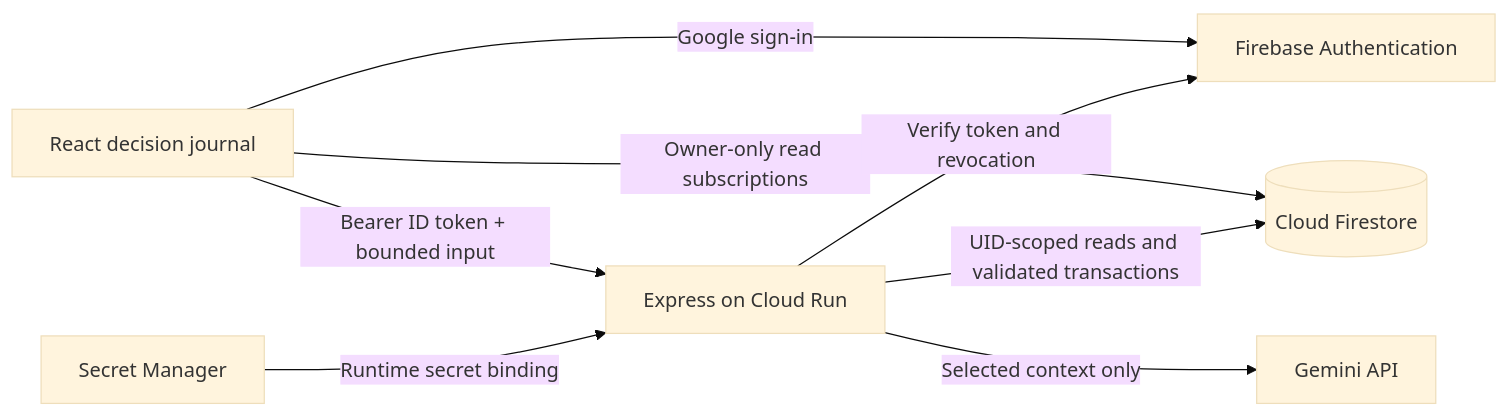
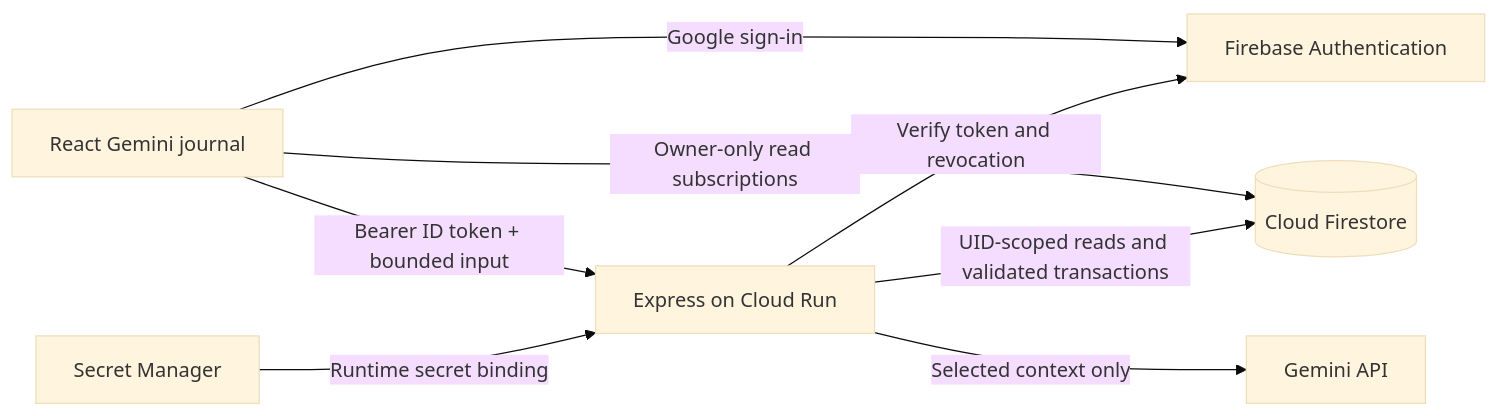
One commit to DJ12421/4sight changed the diagram in README.md. Above: the diagram before and after it, drawn with Mermaid (base theme). The commit also changed other lines of this file and 14 other files, not shown here.

````diff
--- a/README.md
+++ b/README.md
@@ -24,10 +25,10 @@
 ```mermaid
 flowchart LR
-  Browser[React decision journal] -->|Google sign-in| Auth[Firebase Authentication]
+  Browser[React Gemini journal] -->|Google sign-in| Auth[Firebase Authentication]
   Browser -->|Owner-only read subscriptions| Firestore[(Cloud Firestore)]
   Browser -->|Bearer ID token + bounded input| API[Express on Cloud Run]
   API -->|Verify token and revocation| Auth
   API -->|UID-scoped reads and validated transactions| Firestore
   API -->|Selected context only| Gemini[Gemini API]
   Secrets[Secret Manager] -->|Runtime secret binding| API
 ```
````
